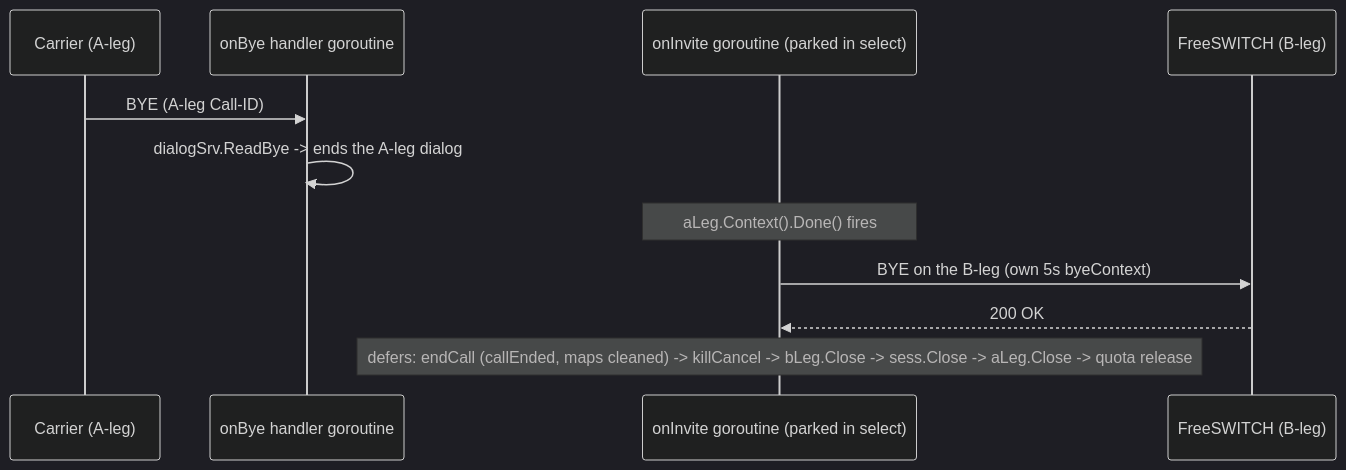
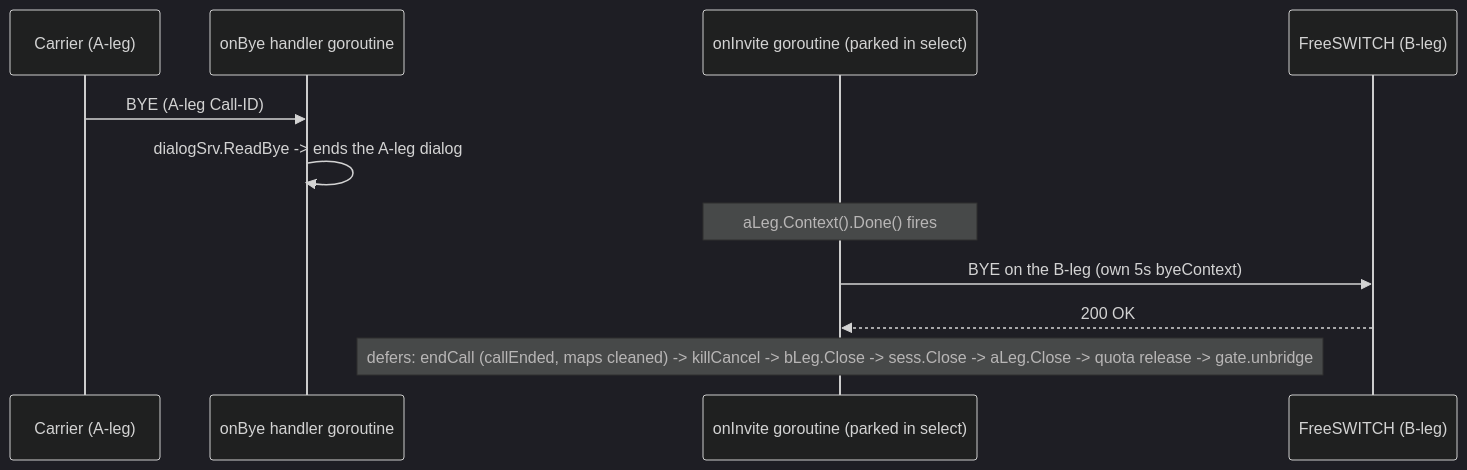
Diagram 19 of 19 in docs/design.md (rasonyang/freesbc), drawn with Mermaid (dark theme) before and after one commit. The commit also changed other lines of this file and 4 other files, not shown here.

````diff
--- a/docs/design.md
+++ b/docs/design.md
@@ -2824,14 +2938,14 @@
 ```mermaid
 sequenceDiagram
     participant C as Carrier (A-leg)
     participant O as onBye handler goroutine
     participant I as onInvite goroutine (parked in select)
     participant F as FreeSWITCH (B-leg)
 
     C->>O: BYE (A-leg Call-ID)
     O->>O: dialogSrv.ReadBye -> ends the A-leg dialog
     Note over I: aLeg.Context().Done() fires
     I->>F: BYE on the B-leg (own 5s byeContext)
     F-->>I: 200 OK
-    Note over I: defers: endCall (callEnded, maps cleaned) -> killCancel -> bLeg.Close -> sess.Close -> aLeg.Close -> quota release
+    Note over I: defers: endCall (callEnded, maps cleaned) -> killCancel -> bLeg.Close -> sess.Close -> aLeg.Close -> quota release -> gate.unbridge
 ```
````
